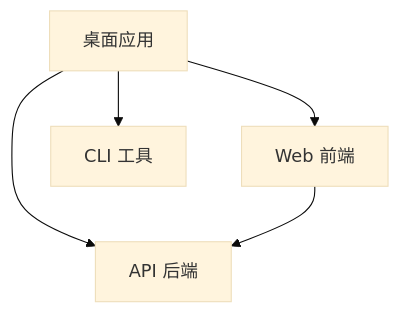
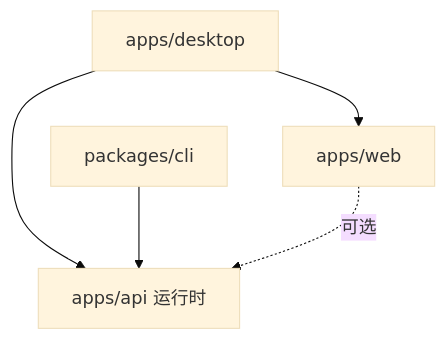
Before and after one commit to morething2do/mono: the diagram in docs/ARCHITECTURE.md, drawn with Mermaid (base theme). The commit also changed other lines of this file and 25 other files, not shown here.

````diff
--- a/docs/ARCHITECTURE.md
+++ b/docs/ARCHITECTURE.md
@@ -70,7 +279,7 @@
 ```mermaid
 graph TD
-    Desktop[桌面应用] --> Web[Web 前端]
-    Desktop --> API[API 后端]
-    Desktop --> CLI[CLI 工具]
-    Web --> API
+    A[apps/desktop] --> B[apps/web]
+    A --> C[apps/api 运行时]
+    D[packages/cli] --> C
+    B -.可选.-> C
 ```
````
